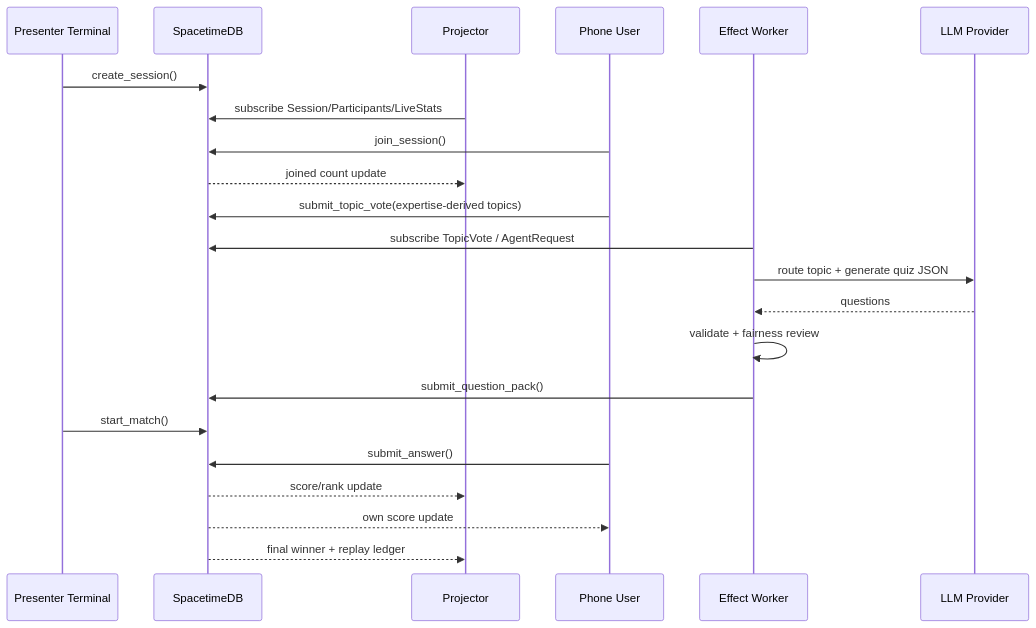
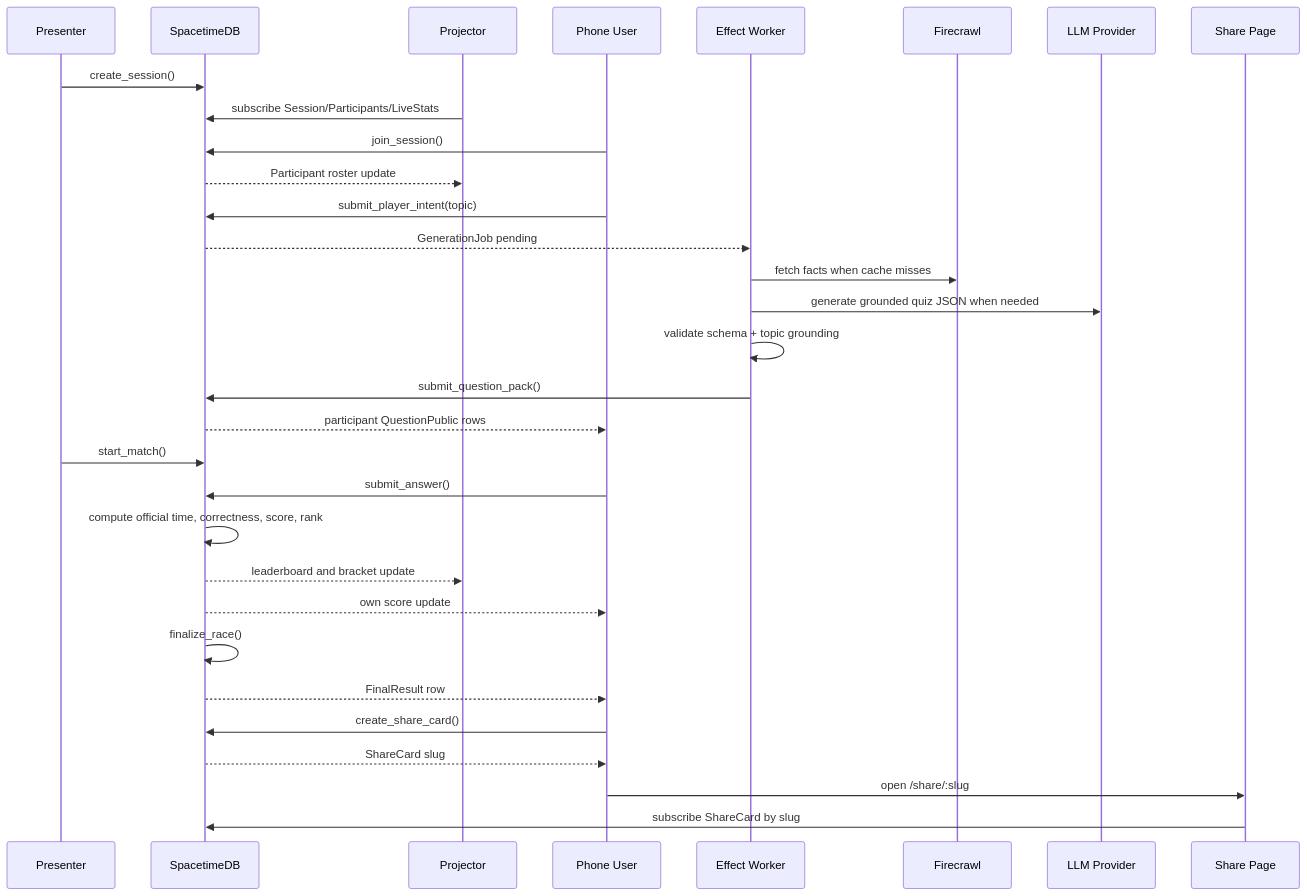
One commit to roshaninfordham/quizel changed the second of 4 diagrams in docs/architecture.md. Above: the diagram before and after it, drawn with Mermaid. The commit also changed other lines of this file and 4 other files, not shown here.

Commit message:
Fix Mermaid architecture diagrams

````diff
--- a/docs/architecture.md
+++ b/docs/architecture.md
@@ -30,25 +33,34 @@
 ```mermaid
 sequenceDiagram
-    participant Host as Presenter Terminal
+    participant Host as Presenter
     participant DB as SpacetimeDB
     participant P as Projector
     participant U as Phone User
     participant W as Effect Worker
+    participant F as Firecrawl
     participant L as LLM Provider
+    participant S as Share Page
 
     Host->>DB: create_session()
     P->>DB: subscribe Session/Participants/LiveStats
     U->>DB: join_session()
-    DB-->>P: joined count update
-    U->>DB: submit_topic_vote(expertise-derived topics)
-    W->>DB: subscribe TopicVote / AgentRequest
-    W->>L: route topic + generate quiz JSON
-    L-->>W: questions
-    W->>W: validate + fairness review
+    DB-->>P: Participant roster update
+    U->>DB: submit_player_intent(topic)
+    DB-->>W: GenerationJob pending
+    W->>F: fetch facts when cache misses
+    W->>L: generate grounded quiz JSON when needed
+    W->>W: validate schema + topic grounding
     W->>DB: submit_question_pack()
+    DB-->>U: participant QuestionPublic rows
     Host->>DB: start_match()
     U->>DB: submit_answer()
-    DB-->>P: score/rank update
+    DB->>DB: compute official time, correctness, score, rank
+    DB-->>P: leaderboard and bracket update
     DB-->>U: own score update
-    DB-->>P: final winner + replay ledger
+    DB->>DB: finalize_race()
+    DB-->>U: FinalResult row
+    U->>DB: create_share_card()
+    DB-->>U: ShareCard slug
+    U->>S: open /share/:slug
+    S->>DB: subscribe ShareCard by slug
 ```
````
